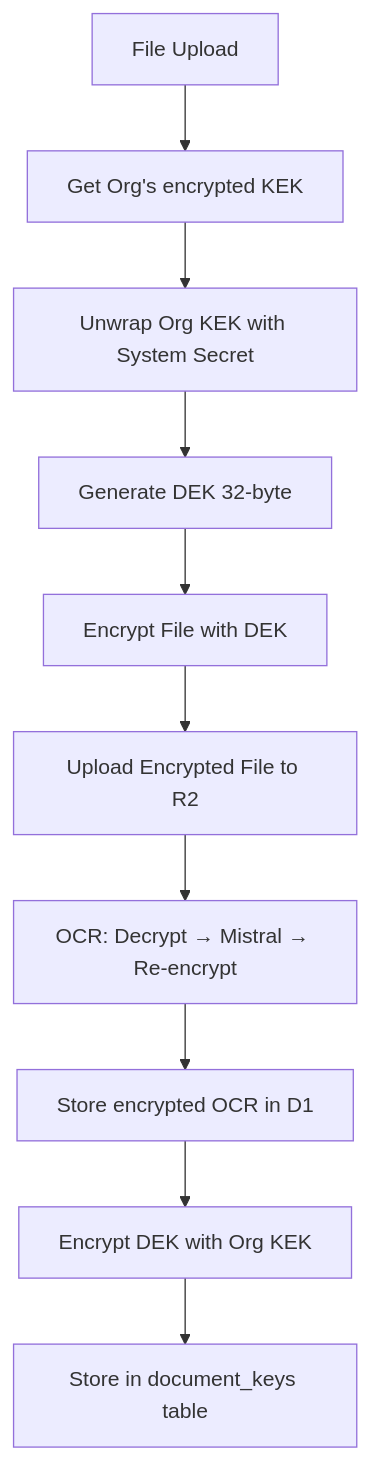
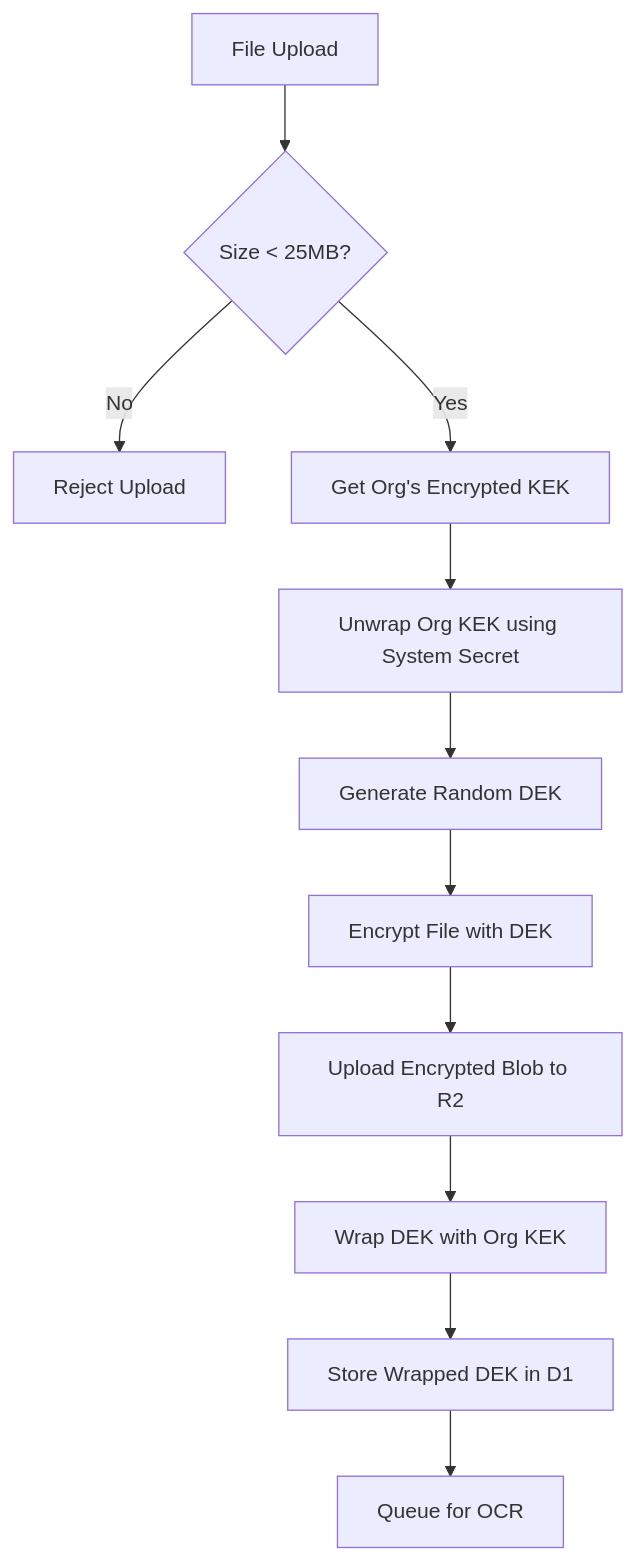
The diagram in dokra-application/plans/encryption-implementation-plan.md (rushworks-io/dokra), drawn with Mermaid before and after one commit. The commit also changed other lines of this file, not shown here.

````diff
--- a/dokra-application/plans/encryption-implementation-plan.md
+++ b/dokra-application/plans/encryption-implementation-plan.md
@@ -70,12 +50,14 @@
 ```mermaid
 flowchart TD
-    A[File Upload] --> B[Get Org's encrypted KEK]
-    B --> C[Unwrap Org KEK with System Secret]
-    C --> D[Generate DEK 32-byte]
-    D --> E[Encrypt File with DEK]
-    E --> F[Upload Encrypted File to R2]
-    F --> G[OCR: Decrypt → Mistral → Re-encrypt]
-    G --> H[Store encrypted OCR in D1]
-    H --> I[Encrypt DEK with Org KEK]
-    I --> J[Store in document_keys table]
+    A[File Upload] --> B{Size < 25MB?}
+    B -- No --> X[Reject Upload]
+    B -- Yes --> C[Get Org's Encrypted KEK]
+    C --> D[Unwrap Org KEK using System Secret]
+    D --> E[Generate Random DEK]
+    E --> F[Encrypt File with DEK]
+    F --> G[Upload Encrypted Blob to R2]
+    G --> H[Wrap DEK with Org KEK]
+    H --> I[Store Wrapped DEK in D1]
+    I --> J[Queue for OCR]
+
 ```
````
